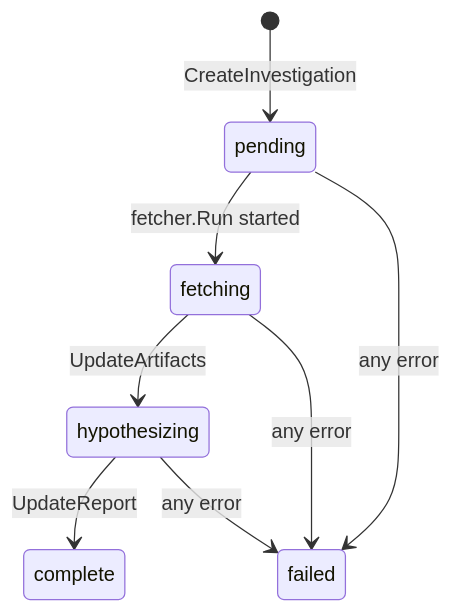
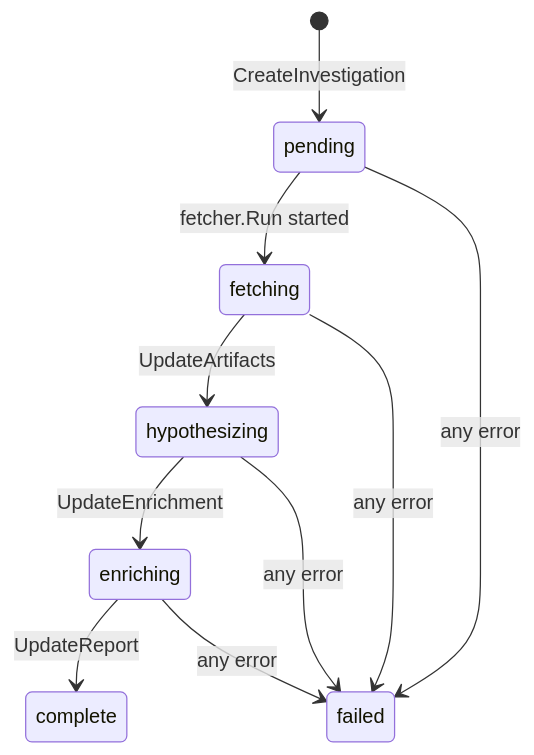
Before and after one commit to Aslanchik/go-phish: the second of 2 diagrams in docs/data-model.md, drawn with Mermaid. The commit also changed other lines of this file and 9 other files, not shown here.

````diff
--- a/docs/data-model.md
+++ b/docs/data-model.md
@@ -39,10 +41,12 @@
 ```mermaid
 stateDiagram-v2
     [*] --> pending : CreateInvestigation
     pending --> fetching : fetcher.Run started
     fetching --> hypothesizing : UpdateArtifacts
-    hypothesizing --> complete : UpdateReport
+    hypothesizing --> enriching : UpdateEnrichment
+    enriching --> complete : UpdateReport
     pending --> failed : any error
     fetching --> failed : any error
     hypothesizing --> failed : any error
+    enriching --> failed : any error
 ```
````
